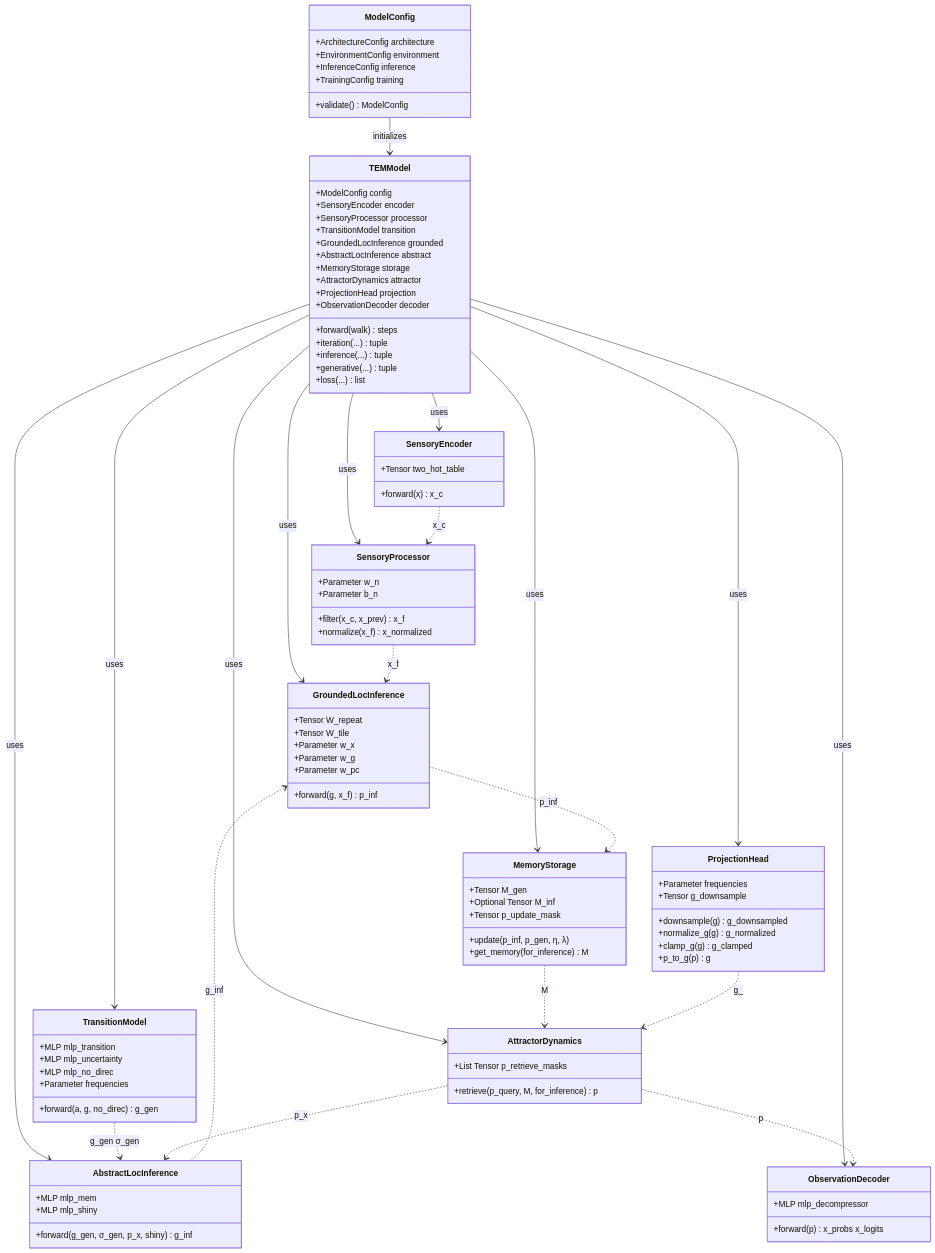
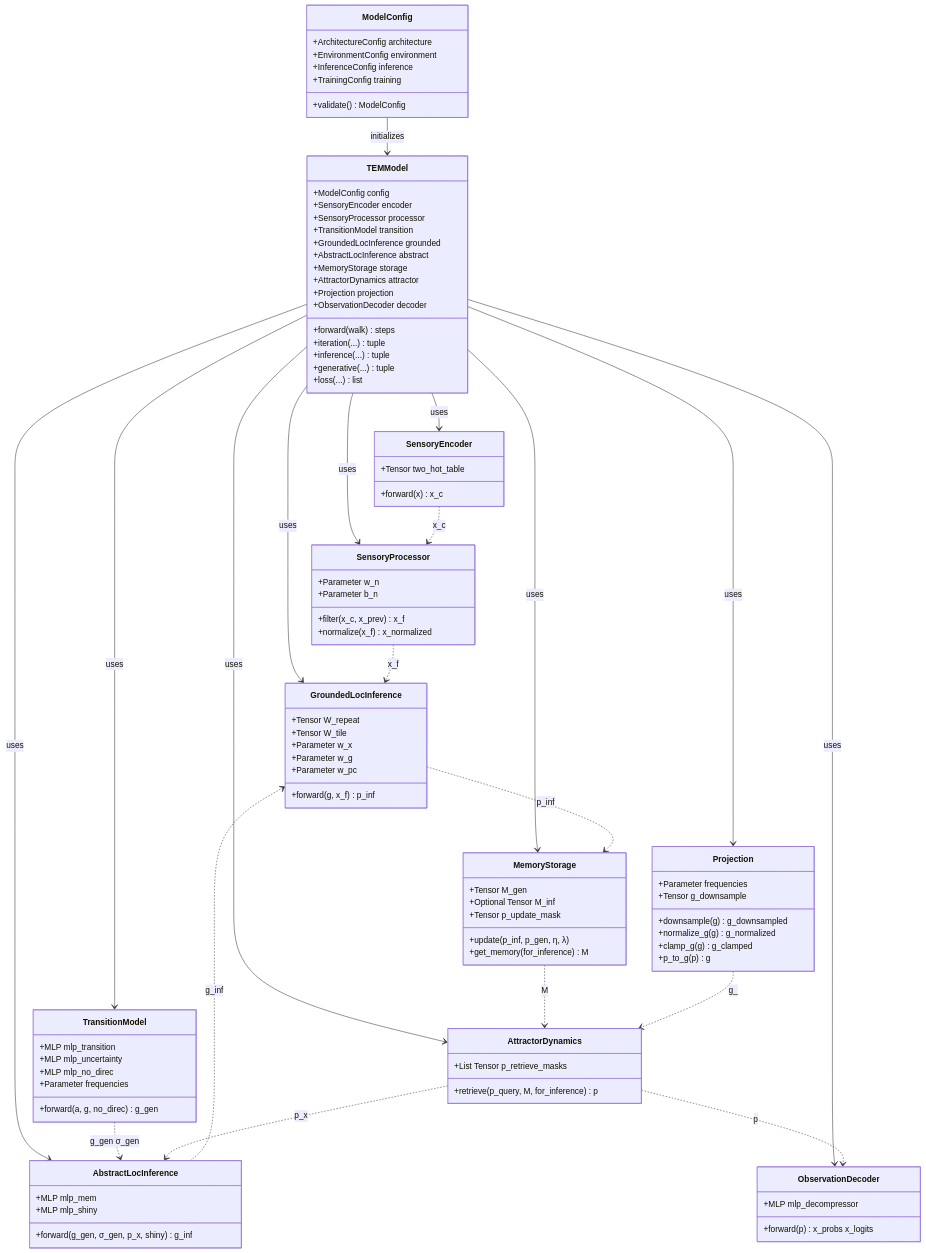
One commit to BorjaEst/tem changed the diagram in docs/component_relationships.mmd. Above: the diagram before and after it, drawn with Mermaid. The commit also changed 18 other files, not shown here.

```diff
--- a/docs/component_relationships.mmd
+++ b/docs/component_relationships.mmd
@@ -1,110 +1,110 @@
 %% Component Relationships and Dependencies
 classDiagram
     class ModelConfig {
         +ArchitectureConfig architecture
         +EnvironmentConfig environment
         +InferenceConfig inference
         +TrainingConfig training
         +validate() ModelConfig
     }
     
     class TEMModel {
         +ModelConfig config
         +SensoryEncoder encoder
         +SensoryProcessor processor
         +TransitionModel transition
         +GroundedLocInference grounded
         +AbstractLocInference abstract
         +MemoryStorage storage
         +AttractorDynamics attractor
-        +ProjectionHead projection
+        +Projection projection
         +ObservationDecoder decoder
         +forward(walk) steps
         +iteration(...) tuple
         +inference(...) tuple
         +generative(...) tuple
         +loss(...) list
     }
     
     class SensoryEncoder {
         +Tensor two_hot_table
         +forward(x) x_c
     }
     
     class SensoryProcessor {
         +Parameter w_n
         +Parameter b_n
         +filter(x_c, x_prev) x_f
         +normalize(x_f) x_normalized
     }
     
     class TransitionModel {
         +MLP mlp_transition
         +MLP mlp_uncertainty
         +MLP mlp_no_direc
         +Parameter frequencies
         +forward(a, g, no_direc) g_gen
     }
     
     class GroundedLocInference {
         +Tensor W_repeat
         +Tensor W_tile
         +Parameter w_x
         +Parameter w_g
         +Parameter w_pc
         +forward(g, x_f) p_inf
     }
     
     class AbstractLocInference {
         +MLP mlp_mem
         +MLP mlp_shiny
         +forward(g_gen, σ_gen, p_x, shiny) g_inf
     }
     
     class MemoryStorage {
         +Tensor M_gen
         +Optional Tensor M_inf
         +Tensor p_update_mask
         +update(p_inf, p_gen, η, λ)
         +get_memory(for_inference) M
     }
     
     class AttractorDynamics {
         +List Tensor p_retrieve_masks
         +retrieve(p_query, M, for_inference) p
     }
     
-    class ProjectionHead {
+    class Projection {
         +Parameter frequencies
         +Tensor g_downsample
         +downsample(g) g_downsampled
         +normalize_g(g) g_normalized
         +clamp_g(g) g_clamped
         +p_to_g(p) g
     }
     
     class ObservationDecoder {
         +MLP mlp_decompressor
         +forward(p) x_probs x_logits
     }
     
     ModelConfig --> TEMModel : initializes
     TEMModel --> SensoryEncoder : uses
     TEMModel --> SensoryProcessor : uses
     TEMModel --> TransitionModel : uses
     TEMModel --> GroundedLocInference : uses
     TEMModel --> AbstractLocInference : uses
     TEMModel --> MemoryStorage : uses
     TEMModel --> AttractorDynamics : uses
-    TEMModel --> ProjectionHead : uses
+    TEMModel --> Projection : uses
     TEMModel --> ObservationDecoder : uses
     
     SensoryEncoder ..> SensoryProcessor : x_c
     SensoryProcessor ..> GroundedLocInference : x_f
     TransitionModel ..> AbstractLocInference : g_gen σ_gen
     AttractorDynamics ..> AbstractLocInference : p_x
     AbstractLocInference ..> GroundedLocInference : g_inf
     GroundedLocInference ..> MemoryStorage : p_inf
     AttractorDynamics ..> ObservationDecoder : p
     MemoryStorage ..> AttractorDynamics : M
-    ProjectionHead ..> AttractorDynamics : g_
+    Projection ..> AttractorDynamics : g_
```
